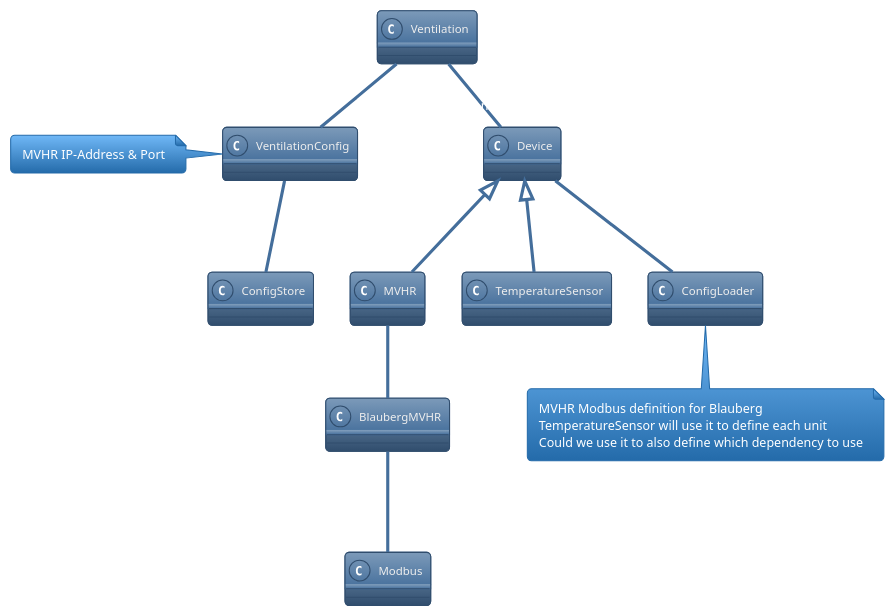
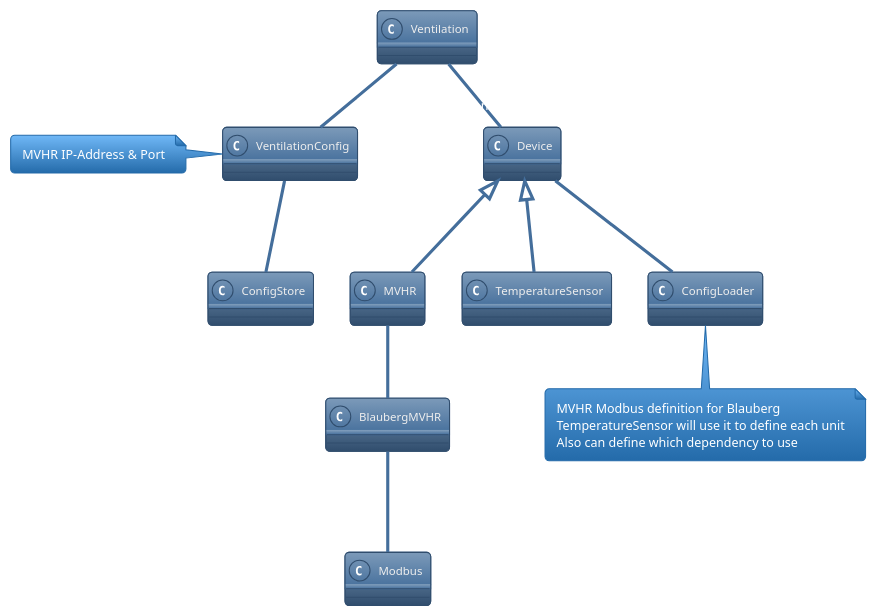
One commit to OODesigns/universal-control-hub changed the diagram in designs/Ventilation Domain.puml. Above: the diagram before and after it, drawn with PlantUML. The commit also changed 16 other files, not shown here.

```diff
--- a/designs/Ventilation Domain.puml
+++ b/designs/Ventilation Domain.puml
@@ -1,40 +1,40 @@
 @startuml
 'https://plantuml.com/class-diagram
 !theme spacelab
 
 class Ventilation {}
 
 class MVHR {}
 
 class TemperatureSensor{}
 
 class BlaubergMVHR{}
 
 class Modbus{}
 
 class Device{}
 
 class ConfigStore{}
 
 class ConfigLoader{}
 note bottom
  MVHR Modbus definition for Blauberg
  TemperatureSensor will use it to define each unit
- Could we use it to also define which dependency to use
+ Also can define which dependency to use
 end note
 
 class VentilationConfig
 note left
  MVHR IP-Address & Port
 end note
 
-VentilationConfig "1"-- "1" ConfigStore
-Ventilation "1"--VentilationConfig
-BlaubergMVHR "1" -- "1" Modbus: uses to connect to actual unit
-MVHR "1" -- "1" BlaubergMVHR
+VentilationConfig -- ConfigStore
+Ventilation --VentilationConfig
+BlaubergMVHR --  Modbus: uses to connect to actual unit
+MVHR -- BlaubergMVHR
 Device <|-- MVHR
 Device <|-- TemperatureSensor
-Device "1" -- "1" ConfigLoader: uses it to define device
+Device -- ConfigLoader: uses it to define device
 Ventilation "1"--"1..n" Device
 
 @enduml
```
